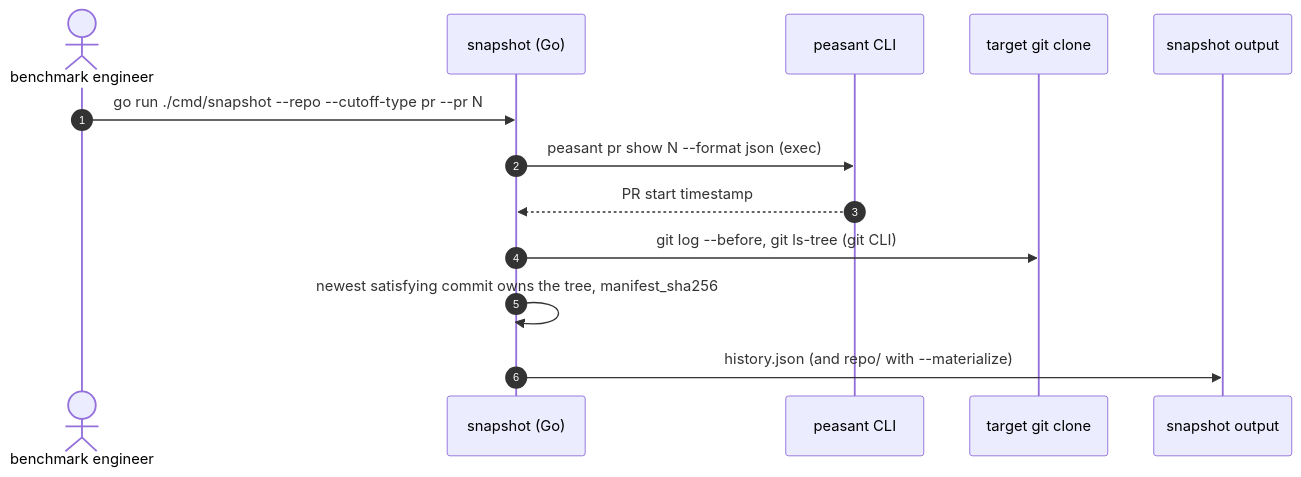
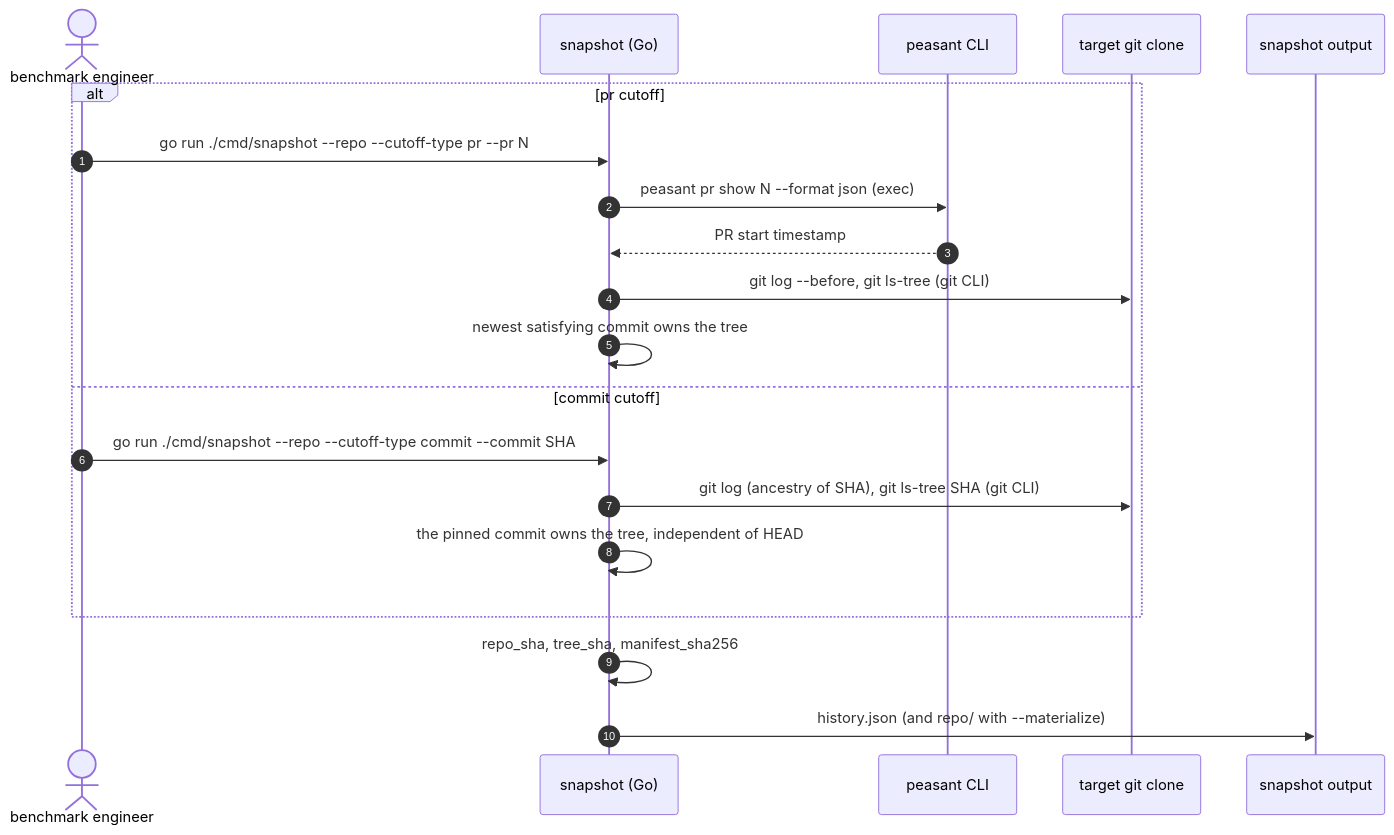
One commit to dayvidpham/TraceBench changed the tenth of 15 diagrams in docs/architecture.md. Above: the diagram before and after it, drawn with Mermaid. The commit also changed other lines of this file, not shown here.

Commit message:
docs: add the task pipeline, oracle, worktree, verifier, and job config to the architecture views

````diff
--- a/docs/architecture.md
+++ b/docs/architecture.md
@@ -582,15 +694,22 @@
 ```mermaid
 sequenceDiagram
   autonumber
   actor dev as benchmark engineer
   participant snap as snapshot (Go)
   participant peasant as peasant CLI
   participant git as target git clone
   participant out as snapshot output
-  dev->>snap: go run ./cmd/snapshot --repo --cutoff-type pr --pr N
-  snap->>peasant: peasant pr show N --format json (exec)
-  peasant-->>snap: PR start timestamp
-  snap->>git: git log --before, git ls-tree (git CLI)
-  snap->>snap: newest satisfying commit owns the tree, manifest_sha256
+  alt pr cutoff
+    dev->>snap: go run ./cmd/snapshot --repo --cutoff-type pr --pr N
+    snap->>peasant: peasant pr show N --format json (exec)
+    peasant-->>snap: PR start timestamp
+    snap->>git: git log --before, git ls-tree (git CLI)
+    snap->>snap: newest satisfying commit owns the tree
+  else commit cutoff
+    dev->>snap: go run ./cmd/snapshot --repo --cutoff-type commit --commit SHA
+    snap->>git: git log (ancestry of SHA), git ls-tree SHA (git CLI)
+    snap->>snap: the pinned commit owns the tree, independent of HEAD
+  end
+  snap->>snap: repo_sha, tree_sha, manifest_sha256
   snap->>out: history.json (and repo/ with --materialize)
 ```
````
